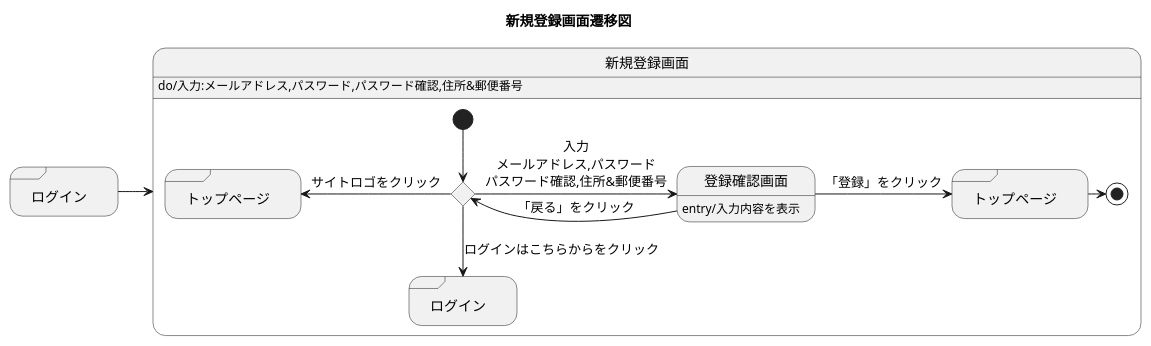
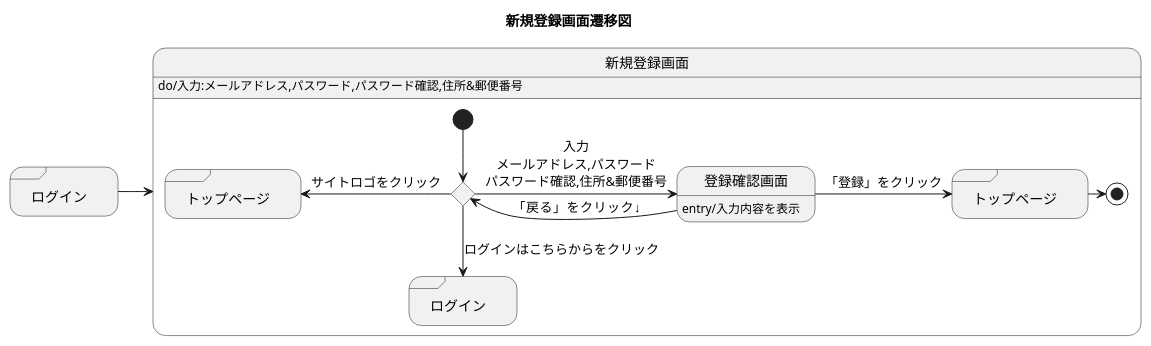
Before and after one commit to akutori/T-D-E: the diagram in 新規登録画面.md, drawn with PlantUML.

Commit message:
説明が見やすいように矢印をつけた

````diff
--- a/新規登録画面.md
+++ b/新規登録画面.md
@@ -1,23 +1,23 @@
 ```uml
 @startuml
 title 新規登録画面遷移図
 state 新規登録画面 : do/入力:メールアドレス,パスワード,パスワード確認,住所&郵便番号
 state "ログイン" as rogin1<<sdlreceive>>
 rogin1 -> 新規登録画面
 state 新規登録画面{
     state "トップページ" as main<<sdlreceive>>
     state "トップページ" as main1<<sdlreceive>>
     state "ログイン" as rogin<<sdlreceive>>
     state input <<choice>>
     state 登録確認画面:entry/入力内容を表示
     [*]-->input
     input-left->main : サイトロゴをクリック
     input->登録確認画面 : 入力\nメールアドレス,パスワード\nパスワード確認,住所&郵便番号
     登録確認画面-> main1 : 「登録」をクリック
-    登録確認画面->input : 「戻る」をクリック
+    登録確認画面->input : 「戻る」をクリック↓
     main1 -> [*]
 
     input--> rogin : ログインはこちらからをクリック   
 }
 @enduml
 ```
````
